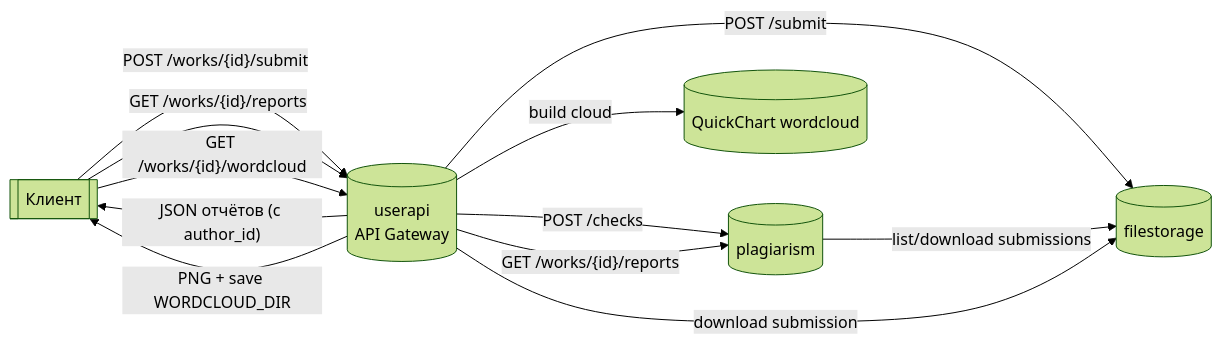
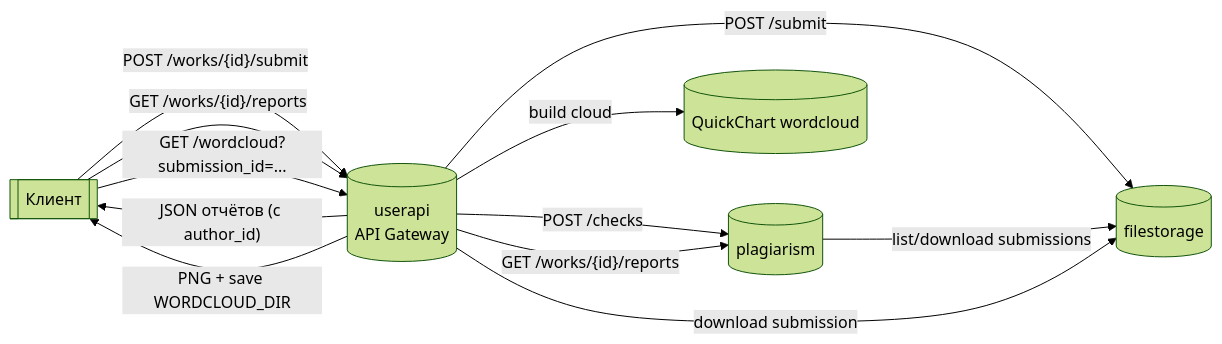
The diagram in README.md (suprend/plagiarism-detection-service), drawn with Mermaid (forest theme) before and after one commit. The commit also changed other lines of this file and 9 other files, not shown here.

````diff
--- a/README.md
+++ b/README.md
@@ -7,22 +7,22 @@
 ```mermaid
 flowchart LR
     Client[[Клиент]]
     UserAPI[(userapi<br/>API Gateway)]
     FS[(filestorage)]
     PL[(plagiarism)]
     WC[(QuickChart wordcloud)]
 
     Client -- POST /works/{id}/submit --> UserAPI
     UserAPI -- POST /submit --> FS
     UserAPI -- POST /checks --> PL
 
     Client -- GET /works/{id}/reports --> UserAPI
     UserAPI -- GET /works/{id}/reports --> PL
     PL -- list/download submissions --> FS
     UserAPI -- JSON отчётов (с author_id) --> Client
 
-    Client -- GET /works/{id}/wordcloud --> UserAPI
+    Client -- GET /wordcloud?submission_id=... --> UserAPI
     UserAPI -- download submission --> FS
     UserAPI -- build cloud --> WC
     UserAPI -- PNG + save WORDCLOUD_DIR --> Client
 ```
````
